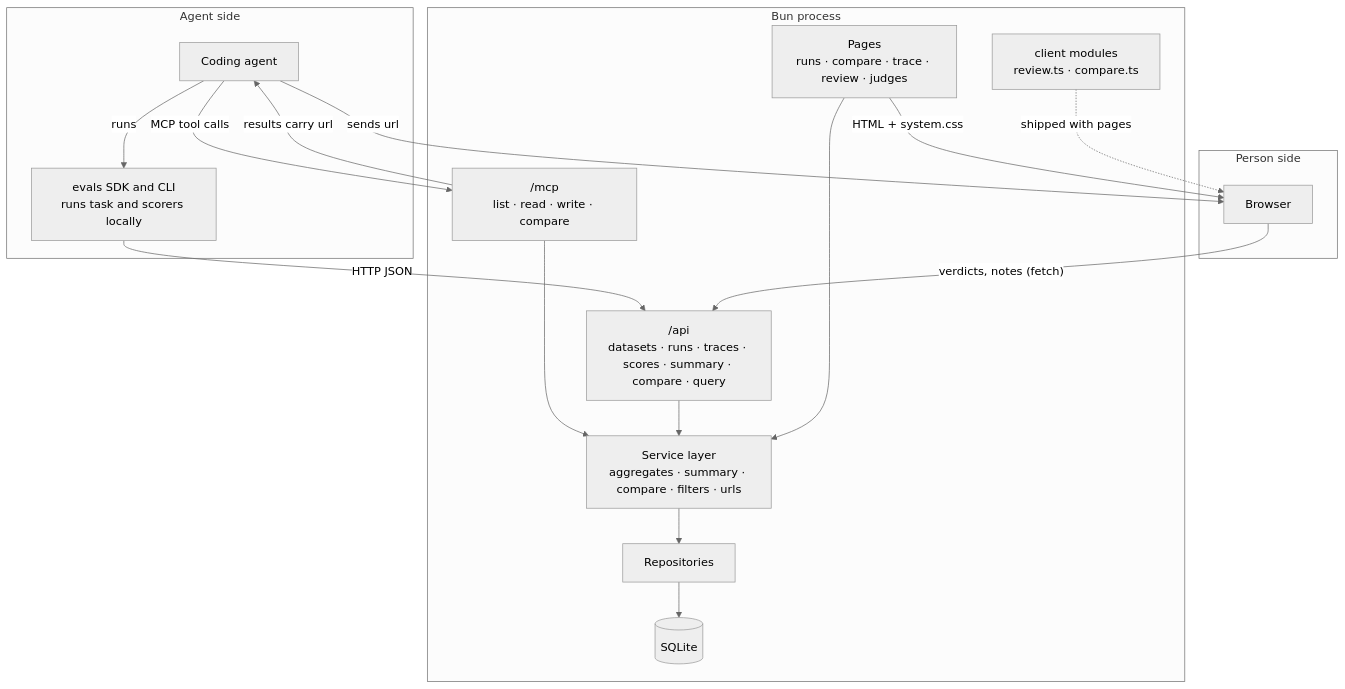
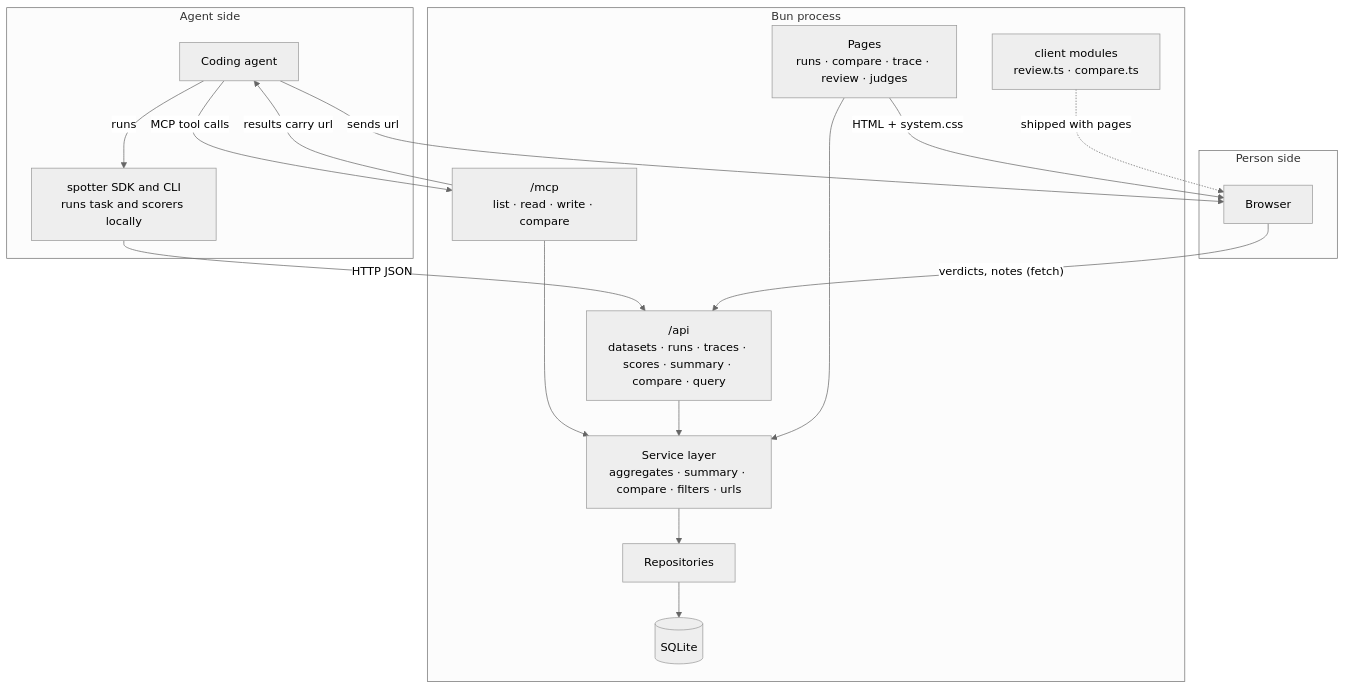
The first of 2 diagrams in docs/plans/2026-09-06-feature-eval-tool-skeleton.md (itsmeterrylin/spotter), drawn with Mermaid (neutral theme) before and after one commit. The commit also changed other lines of this file and 12 other files, not shown here.

````diff
--- a/docs/plans/2026-09-06-feature-eval-tool-skeleton.md
+++ b/docs/plans/2026-09-06-feature-eval-tool-skeleton.md
@@ -53,31 +53,31 @@
 ```mermaid
 flowchart TB
   subgraph Agent side
     A[Coding agent]
-    SDK[evals SDK and CLI<br/>runs task and scorers locally]
+    SDK[spotter SDK and CLI<br/>runs task and scorers locally]
   end
   subgraph Person side
     B[Browser]
   end
   subgraph Bun process
     MCP["/mcp<br/>list · read · write · compare"]
     REST["/api<br/>datasets · runs · traces · scores · summary · compare · query"]
     PAGES["Pages<br/>runs · compare · trace · review · judges"]
     CLIENT["client modules<br/>review.ts · compare.ts"]
     SVC[Service layer<br/>aggregates · summary · compare · filters · urls]
     REPO[Repositories]
     DB[(SQLite)]
   end
   A -- "MCP tool calls" --> MCP
   A -- "runs" --> SDK
   SDK -- "HTTP JSON" --> REST
   MCP --> SVC
   REST --> SVC
   PAGES --> SVC
   SVC --> REPO --> DB
   PAGES -- "HTML + system.css" --> B
   B -- "verdicts, notes (fetch)" --> REST
   CLIENT -. "shipped with pages" .-> B
   MCP -- "results carry url" --> A
   A -- "sends url" --> B
 ```
````
